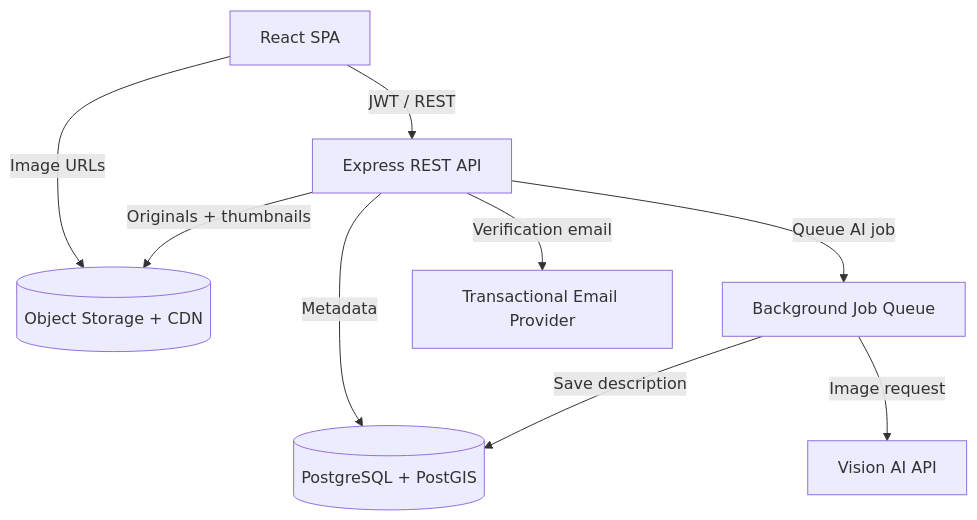
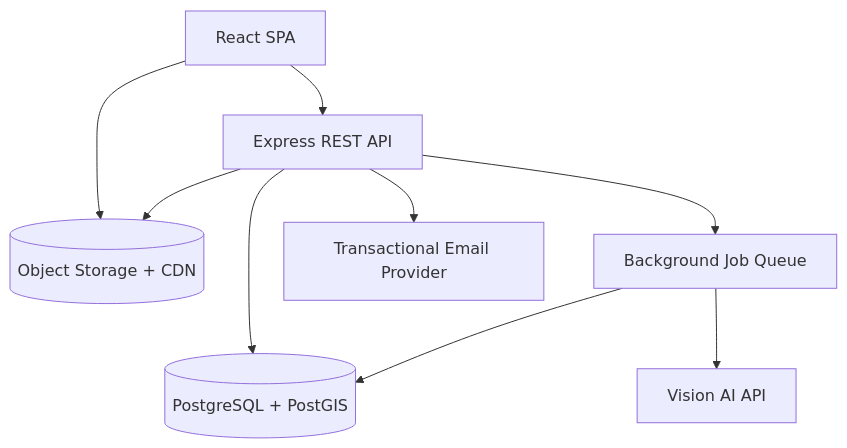
One commit to rares8283682/geophoto changed the diagram in STRATEGY.md. Above: the diagram before and after it, drawn with Mermaid. The commit also changed other lines of this file, not shown here.

Commit message:
Revise STRATEGY.md with updated API interactions
Updated the architecture diagram and clarified API interactions.

````diff
--- a/STRATEGY.md
+++ b/STRATEGY.md
@@ -35,21 +35,19 @@
 ```mermaid
 flowchart TB
   Browser["React SPA"]
   API["Express REST API"]
   DB[("PostgreSQL + PostGIS")]
   Storage[("Object Storage + CDN")]
   Queue["Background Job Queue"]
   AI["Vision AI API"]
   Email["Transactional Email Provider"]
 
-  Browser -->|"JWT / REST"| API
-  Browser -->|"Image URLs"| Storage
-
-  API -->|"Metadata"| DB
-  API -->|"Originals + thumbnails"| Storage
-  API -->|"Queue AI job"| Queue
-  API -->|"Verification email"| Email
-
-  Queue -->|"Image request"| AI
-  Queue -->|"Save description"| DB
+  Browser --> API
+  Browser --> Storage
+  API --> DB
+  API --> Storage
+  API --> Queue
+  API --> Email
+  Queue --> AI
+  Queue --> DB
 ```
````
